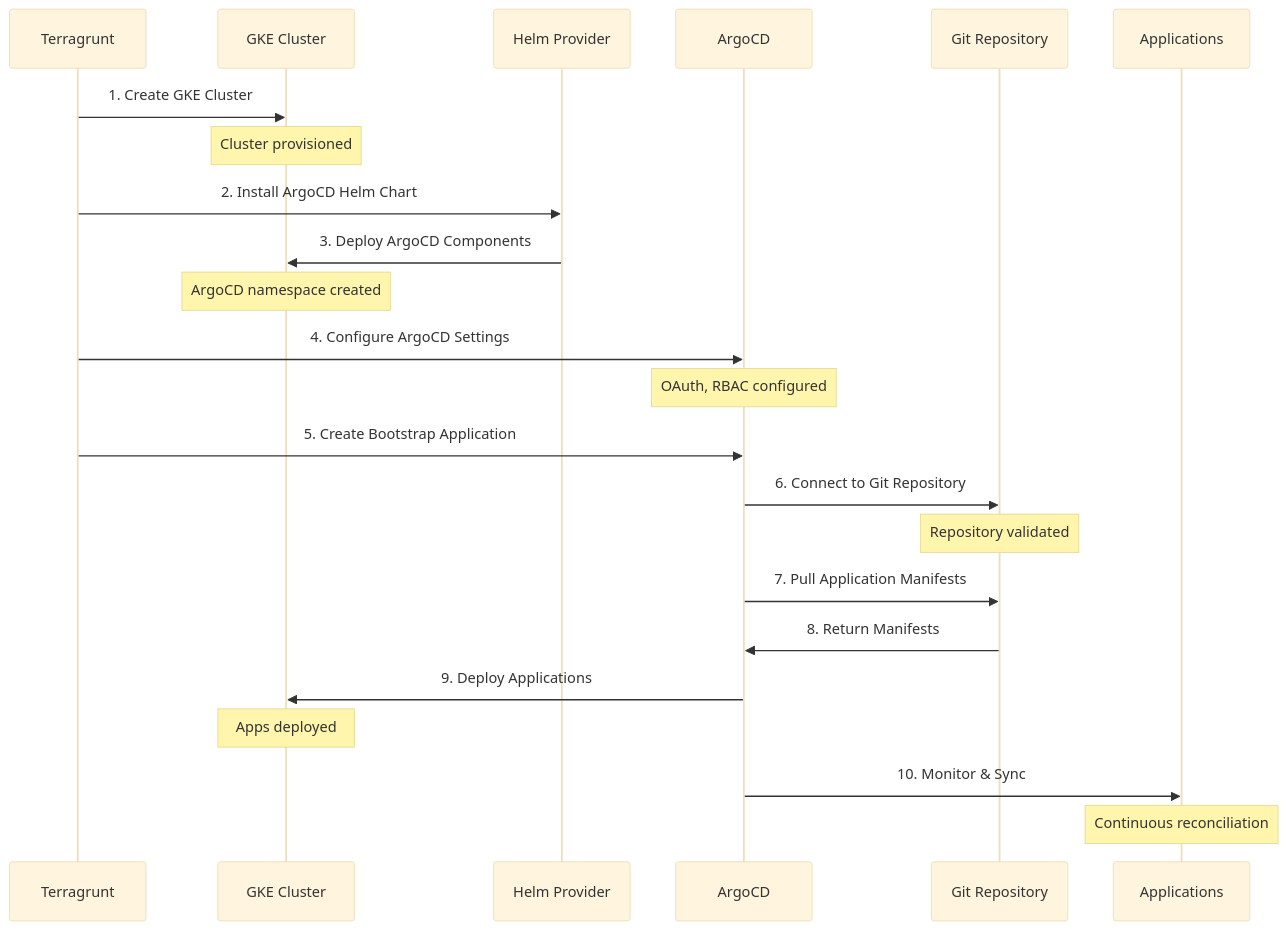
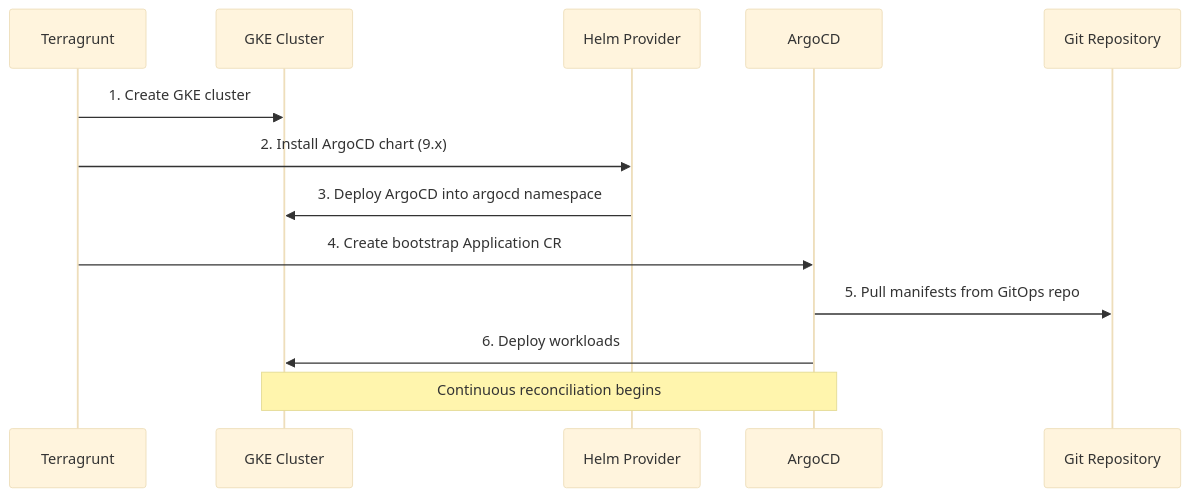
One commit to spolspol/terragrunt-gcp-org-automation changed the third of 4 diagrams in docs/GITOPS_ARCHITECTURE.md. Above: the diagram before and after it, drawn with Mermaid (base theme). The commit also changed other lines of this file and 36 other files, not shown here.

````diff
--- a/docs/GITOPS_ARCHITECTURE.md
+++ b/docs/GITOPS_ARCHITECTURE.md
@@ -267,32 +96,16 @@
 ```mermaid
 sequenceDiagram
-    participant TF as Terragrunt
+    participant TG as Terragrunt
     participant GKE as GKE Cluster
     participant HELM as Helm Provider
     participant ARGO as ArgoCD
     participant GIT as Git Repository
-    participant APPS as Applications
-    
-    TF->>GKE: 1. Create GKE Cluster
-    Note over GKE: Cluster provisioned
-    
-    TF->>HELM: 2. Install ArgoCD Helm Chart
-    HELM->>GKE: 3. Deploy ArgoCD Components
-    Note over GKE: ArgoCD namespace created
-    
-    TF->>ARGO: 4. Configure ArgoCD Settings
-    Note over ARGO: OAuth, RBAC configured
-    
-    TF->>ARGO: 5. Create Bootstrap Application
-    ARGO->>GIT: 6. Connect to Git Repository
-    Note over GIT: Repository validated
-    
-    ARGO->>GIT: 7. Pull Application Manifests
-    GIT->>ARGO: 8. Return Manifests
-    
-    ARGO->>GKE: 9. Deploy Applications
-    Note over GKE: Apps deployed
-    
-    ARGO->>APPS: 10. Monitor & Sync
-    Note over APPS: Continuous reconciliation
+
+    TG->>GKE: 1. Create GKE cluster
+    TG->>HELM: 2. Install ArgoCD chart (9.x)
+    HELM->>GKE: 3. Deploy ArgoCD into argocd namespace
+    TG->>ARGO: 4. Create bootstrap Application CR
+    ARGO->>GIT: 5. Pull manifests from GitOps repo
+    ARGO->>GKE: 6. Deploy workloads
+    Note over ARGO,GKE: Continuous reconciliation begins
 ```
````
